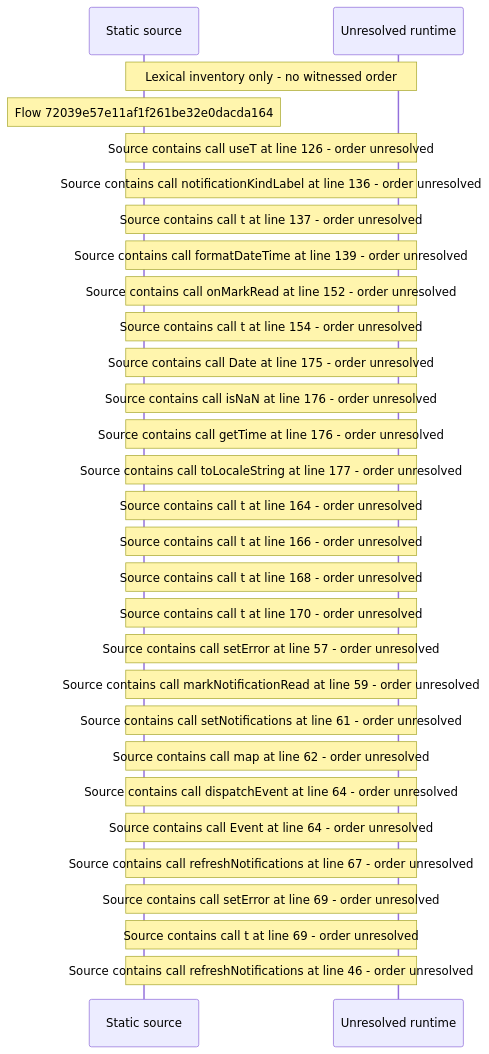
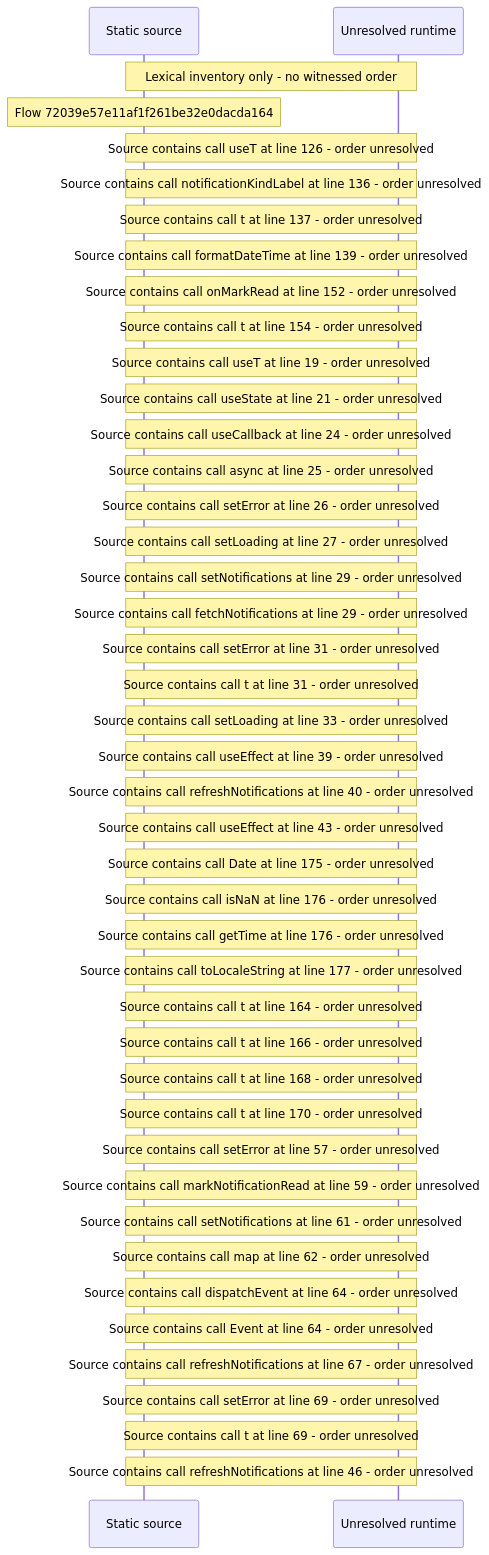
Before and after one commit to beamfall/core: the diagram in docs/web/flows/generated/72039e57e11af1f261be32e0dacda164/flow-diagram.md, drawn with Mermaid. The commit also changed other lines of this file and 699 other files, not shown here.

Commit message:
Regenerate the web flow record with flow generator version 5

````diff
--- a/docs/web/flows/generated/72039e57e11af1f261be32e0dacda164/flow-diagram.md
+++ b/docs/web/flows/generated/72039e57e11af1f261be32e0dacda164/flow-diagram.md
@@ -10,31 +10,45 @@
 ```mermaid
 sequenceDiagram
     participant S as Static source
     participant U as Unresolved runtime
     Note over S,U: Lexical inventory only - no witnessed order
     Note over S: Flow 72039e57e11af1f261be32e0dacda164
     Note over S,U: Source contains call useT at line 126 - order unresolved
     Note over S,U: Source contains call notificationKindLabel at line 136 - order unresolved
     Note over S,U: Source contains call t at line 137 - order unresolved
     Note over S,U: Source contains call formatDateTime at line 139 - order unresolved
     Note over S,U: Source contains call onMarkRead at line 152 - order unresolved
     Note over S,U: Source contains call t at line 154 - order unresolved
+    Note over S,U: Source contains call useT at line 19 - order unresolved
+    Note over S,U: Source contains call useState at line 21 - order unresolved
+    Note over S,U: Source contains call useCallback at line 24 - order unresolved
+    Note over S,U: Source contains call async at line 25 - order unresolved
+    Note over S,U: Source contains call setError at line 26 - order unresolved
+    Note over S,U: Source contains call setLoading at line 27 - order unresolved
+    Note over S,U: Source contains call setNotifications at line 29 - order unresolved
+    Note over S,U: Source contains call fetchNotifications at line 29 - order unresolved
+    Note over S,U: Source contains call setError at line 31 - order unresolved
+    Note over S,U: Source contains call t at line 31 - order unresolved
+    Note over S,U: Source contains call setLoading at line 33 - order unresolved
+    Note over S,U: Source contains call useEffect at line 39 - order unresolved
+    Note over S,U: Source contains call refreshNotifications at line 40 - order unresolved
+    Note over S,U: Source contains call useEffect at line 43 - order unresolved
     Note over S,U: Source contains call Date at line 175 - order unresolved
     Note over S,U: Source contains call isNaN at line 176 - order unresolved
     Note over S,U: Source contains call getTime at line 176 - order unresolved
     Note over S,U: Source contains call toLocaleString at line 177 - order unresolved
     Note over S,U: Source contains call t at line 164 - order unresolved
     Note over S,U: Source contains call t at line 166 - order unresolved
     Note over S,U: Source contains call t at line 168 - order unresolved
     Note over S,U: Source contains call t at line 170 - order unresolved
     Note over S,U: Source contains call setError at line 57 - order unresolved
     Note over S,U: Source contains call markNotificationRead at line 59 - order unresolved
     Note over S,U: Source contains call setNotifications at line 61 - order unresolved
     Note over S,U: Source contains call map at line 62 - order unresolved
     Note over S,U: Source contains call dispatchEvent at line 64 - order unresolved
     Note over S,U: Source contains call Event at line 64 - order unresolved
     Note over S,U: Source contains call refreshNotifications at line 67 - order unresolved
     Note over S,U: Source contains call setError at line 69 - order unresolved
     Note over S,U: Source contains call t at line 69 - order unresolved
     Note over S,U: Source contains call refreshNotifications at line 46 - order unresolved
 ```
````
